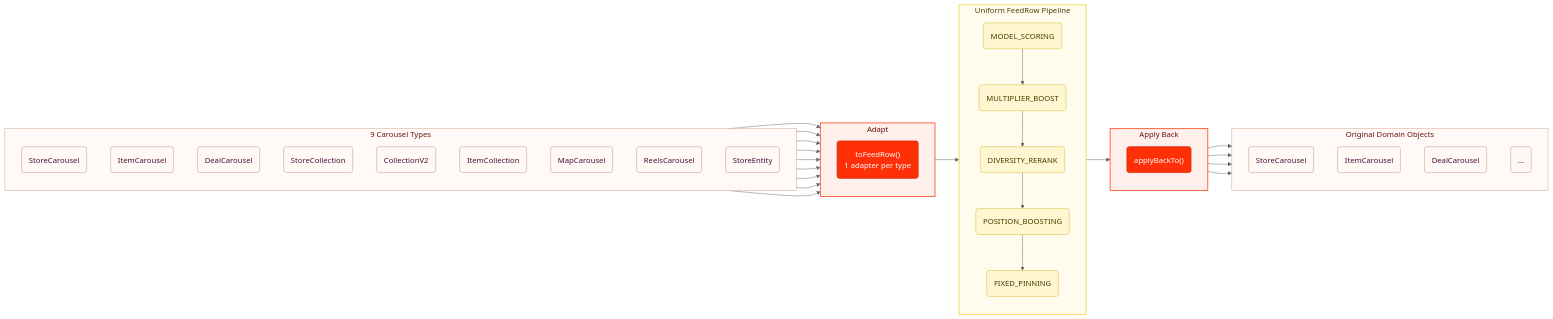
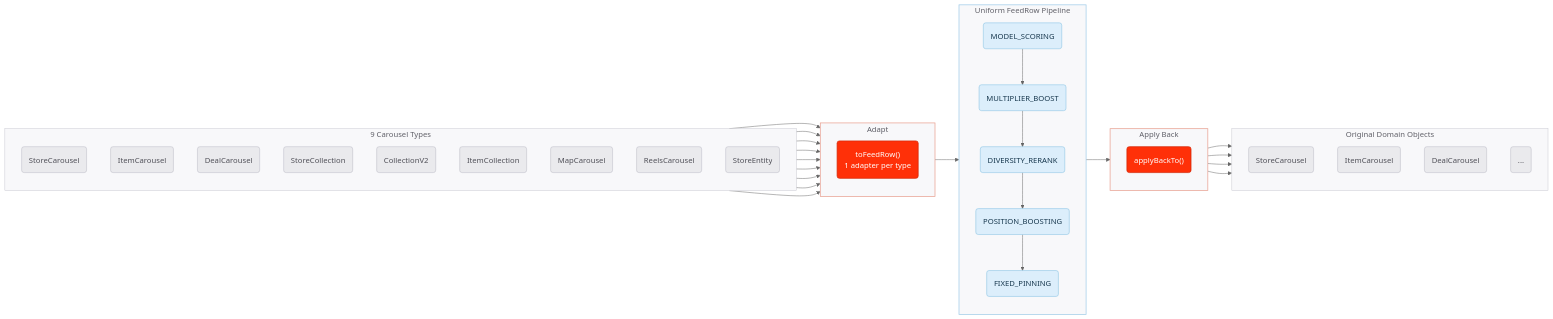
The first of 3 diagrams in unified-blending-platform/spec/rfc-abstraction-layer.md (daniel-fonyo/dd-brain), drawn with Mermaid (neutral theme) before and after one commit.

Commit message:
Restyle diagram: gray backgrounds, intentional color only
Three colors, each with a reason:
- Gray (domain nodes + all subgraph fills): data/context, not the point
- Delivery Red (adapt/writeback nodes): the transformation this RFC proposes
- Soft Detergent blue (pipeline steps): the new uniform flow

Subgraph borders carry subtle tint signals (peach for action zones,
light blue for pipeline) but fills are all neutral gray. Color only
appears on nodes where it expresses meaning.

````diff
--- a/unified-blending-platform/spec/rfc-abstraction-layer.md
+++ b/unified-blending-platform/spec/rfc-abstraction-layer.md
@@ -159,73 +159,74 @@
 ```mermaid
 flowchart LR
     subgraph sources["9 Carousel Types"]
         direction TB
         T1("StoreCarousel"):::domain
         T2("ItemCarousel"):::domain
         T3("DealCarousel"):::domain
         T4("StoreCollection"):::domain
         T5("CollectionV2"):::domain
         T6("ItemCollection"):::domain
         T7("MapCarousel"):::domain
         T8("ReelsCarousel"):::domain
         T9("StoreEntity"):::domain
     end
 
     subgraph adapt["Adapt"]
         direction TB
         A("toFeedRow()
         1 adapter per type"):::hero
     end
 
     T1 --> A
     T2 --> A
     T3 --> A
     T4 --> A
     T5 --> A
     T6 --> A
     T7 --> A
     T8 --> A
     T9 --> A
 
     subgraph pipeline["Uniform FeedRow Pipeline"]
         direction TB
         STEP1("MODEL_SCORING"):::step
         STEP2("MULTIPLIER_BOOST"):::step
         STEP3("DIVERSITY_RERANK"):::step
         STEP4("POSITION_BOOSTING"):::step
         STEP5("FIXED_PINNING"):::step
         STEP1 --> STEP2 --> STEP3 --> STEP4 --> STEP5
     end
 
     A --> STEP1
 
     subgraph writeback["Apply Back"]
         direction TB
         WB("applyBackTo()"):::hero
     end
 
     STEP5 --> WB
 
     subgraph outputs["Original Domain Objects"]
         direction TB
         O1("StoreCarousel"):::domain
         O2("ItemCarousel"):::domain
         O3("DealCarousel"):::domain
         O4("..."):::domain
     end
 
     WB --> O1
     WB --> O2
     WB --> O3
     WB --> O4
 
-    classDef domain fill:#FFF9F5,stroke:#C4907A,color:#4C0C3A,stroke-width:1px
+    %% Gray = data, not the point. Red = the action we're proposing. Blue = the new uniform flow.
+    classDef domain fill:#EAEAED,stroke:#B8B8C2,color:#505058,stroke-width:1px
     classDef hero fill:#FF3008,stroke:#D42807,color:#FFFFFF,stroke-width:1.5px
-    classDef step fill:#FEF7D1,stroke:#D4B82A,color:#4A3D00,stroke-width:1px
+    classDef step fill:#DCEEFB,stroke:#7BBCE0,color:#1A3A50,stroke-width:1px
 
-    style sources fill:#FFFAF8,stroke:#D4A08A,stroke-width:1px,color:#681109
-    style adapt fill:#FFF0EB,stroke:#FF3008,stroke-width:1.5px,color:#681109
-    style pipeline fill:#FFFCEE,stroke:#E8CF2D,stroke-width:1.5px,color:#4A3D00
-    style writeback fill:#FFF0EB,stroke:#FF3008,stroke-width:1.5px,color:#681109
-    style outputs fill:#FFFAF8,stroke:#D4A08A,stroke-width:1px,color:#681109
+    style sources fill:#F8F8FA,stroke:#C8C8D0,stroke-width:1px,color:#606068
+    style adapt fill:#F8F8FA,stroke:#E8A090,stroke-width:1.5px,color:#606068
+    style pipeline fill:#F8F8FA,stroke:#A0CCE8,stroke-width:1.5px,color:#606068
+    style writeback fill:#F8F8FA,stroke:#E8A090,stroke-width:1.5px,color:#606068
+    style outputs fill:#F8F8FA,stroke:#C8C8D0,stroke-width:1px,color:#606068
 ```
````
